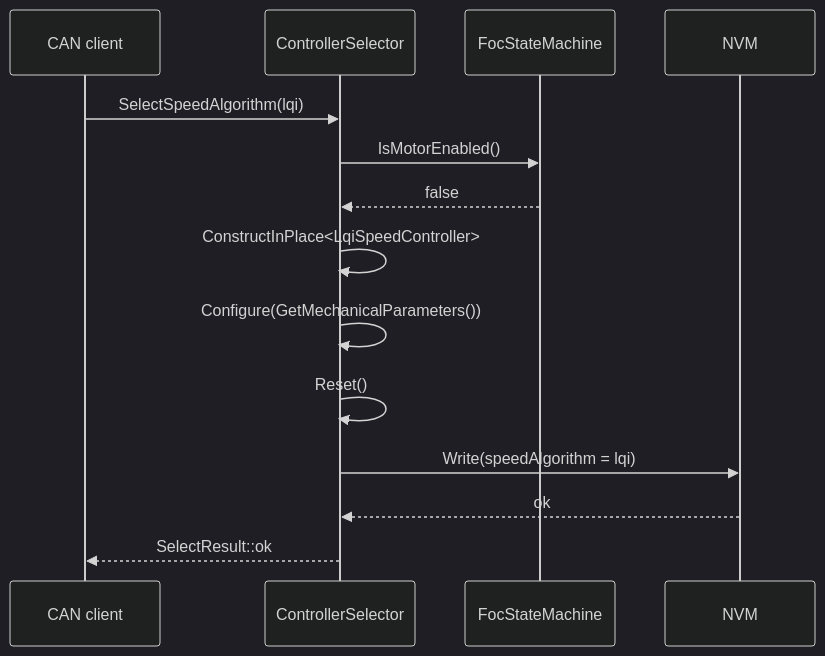
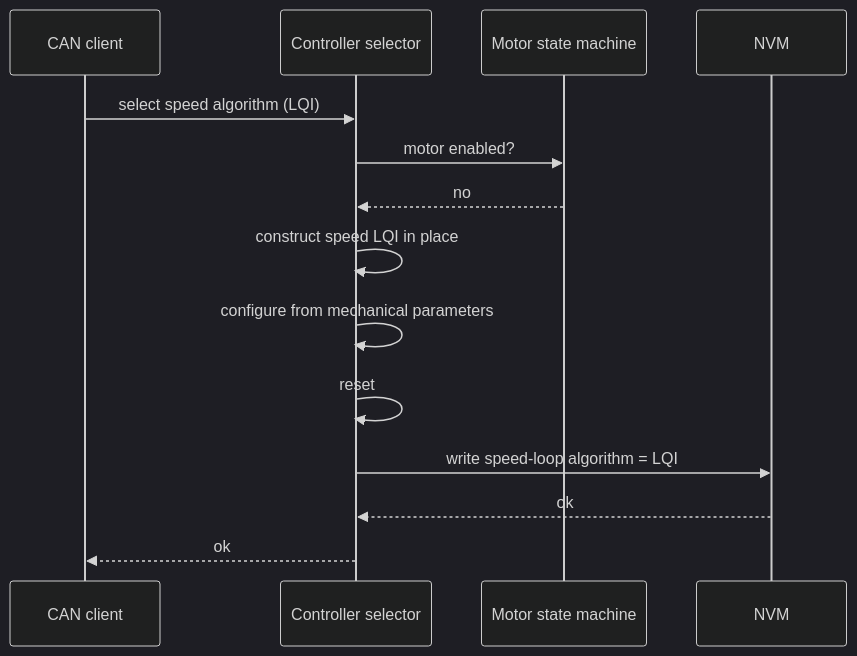
Before and after one commit to embedded-pro/e-foc: the sixth of 9 diagrams in documentation/design/controller-selection.md, drawn with Mermaid (dark theme). The commit also changed other lines of this file and 37 other files, not shown here.

````diff
--- a/documentation/design/controller-selection.md
+++ b/documentation/design/controller-selection.md
@@ -570,17 +573,17 @@
 ```mermaid
 sequenceDiagram
     participant Client as CAN client
-    participant Selector as ControllerSelector
-    participant StateMachine as FocStateMachine
+    participant Selector as Controller selector
+    participant StateMachine as Motor state machine
     participant NVM
 
-    Client->>Selector: SelectSpeedAlgorithm(lqi)
-    Selector->>StateMachine: IsMotorEnabled()
-    StateMachine-->>Selector: false
-    Selector->>Selector: ConstructInPlace<LqiSpeedController>
-    Selector->>Selector: Configure(GetMechanicalParameters())
-    Selector->>Selector: Reset()
-    Selector->>NVM: Write(speedAlgorithm = lqi)
+    Client->>Selector: select speed algorithm (LQI)
+    Selector->>StateMachine: motor enabled?
+    StateMachine-->>Selector: no
+    Selector->>Selector: construct speed LQI in place
+    Selector->>Selector: configure from mechanical parameters
+    Selector->>Selector: reset
+    Selector->>NVM: write speed-loop algorithm = LQI
     NVM-->>Selector: ok
-    Selector-->>Client: SelectResult::ok
+    Selector-->>Client: ok
 ```
````
